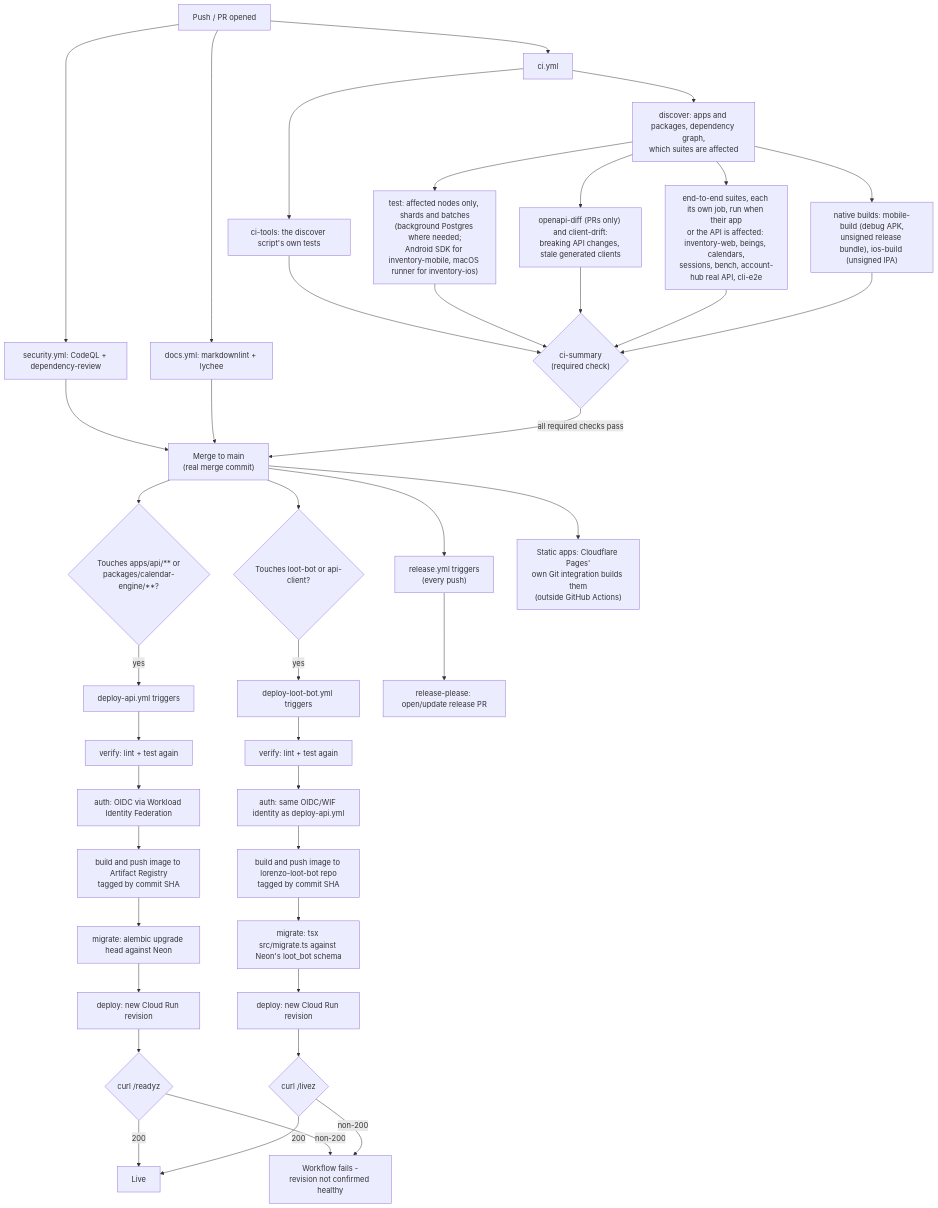
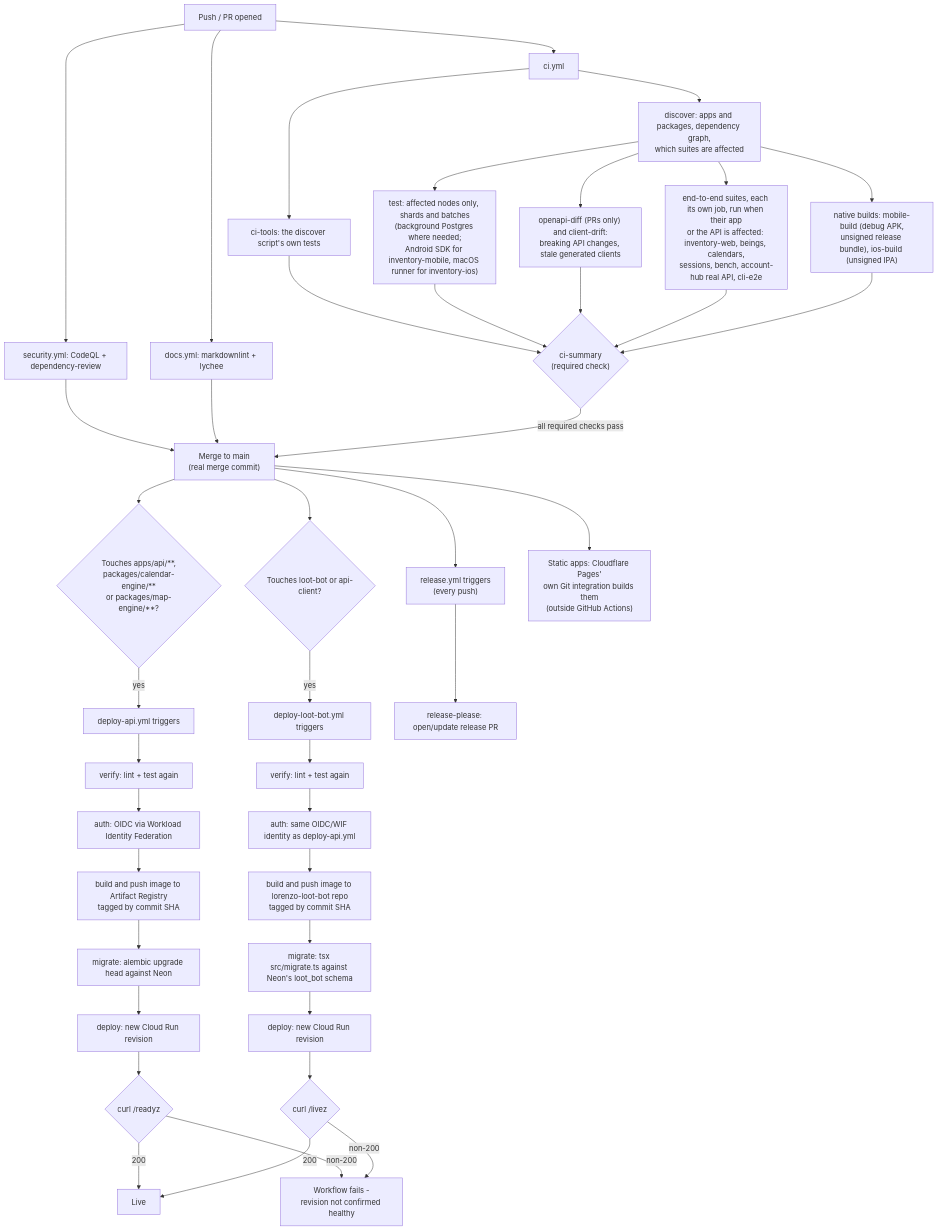
Before and after one commit to ramsesoriginal/lorenzo: the diagram in docs/architecture/diagrams/ci-cd-pipeline.md, drawn with Mermaid. The commit also changed other lines of this file and 25 other files, not shown here.

````diff
--- a/docs/architecture/diagrams/ci-cd-pipeline.md
+++ b/docs/architecture/diagrams/ci-cd-pipeline.md
@@ -3,48 +3,48 @@
 ```mermaid
 flowchart TD
     A["Push / PR opened"] --> B["ci.yml"]
     B --> B0["ci-tools: the discover script's own tests"]
     B --> B1["discover: apps and packages, dependency graph,<br/>which suites are affected"]
     B1 --> B2["test: affected nodes only, shards and batches<br/>(background Postgres where needed;<br/>Android SDK for inventory-mobile, macOS runner for inventory-ios)"]
     B1 --> B5["openapi-diff (PRs only) and client-drift:<br/>breaking API changes, stale generated clients"]
     B1 --> B6["end-to-end suites, each its own job, run when their app<br/>or the API is affected: inventory-web, beings, calendars,<br/>sessions, bench, account-hub real API, cli-e2e"]
     B1 --> B7["native builds: mobile-build (debug APK,<br/>unsigned release bundle), ios-build (unsigned IPA)"]
     A --> B3["security.yml: CodeQL + dependency-review"]
     A --> B4["docs.yml: markdownlint + lychee"]
     B0 --> C
     B2 --> C{"ci-summary<br/>(required check)"}
     B5 --> C
     B6 --> C
     B7 --> C
     B3 --> D
     B4 --> D
 
     C -->|all required checks pass| D["Merge to main<br/>(real merge commit)"]
 
-    D --> E{"Touches apps/api/** or<br/>packages/calendar-engine/**?"}
+    D --> E{"Touches apps/api/**,<br/>packages/calendar-engine/**<br/>or packages/map-engine/**?"}
     E -->|yes| F["deploy-api.yml triggers"]
     D --> EL{"Touches loot-bot or api-client?"}
     EL -->|yes| FL["deploy-loot-bot.yml triggers"]
     D --> G["release.yml triggers<br/>(every push)"]
     D --> CF["Static apps: Cloudflare Pages'<br/>own Git integration builds them<br/>(outside GitHub Actions)"]
 
     G --> G1["release-please: open/update release PR"]
 
     F --> F1["verify: lint + test again"]
     F1 --> F2["auth: OIDC via Workload Identity Federation"]
     F2 --> F3["build and push image to Artifact Registry<br/>tagged by commit SHA"]
     F3 --> F4["migrate: alembic upgrade head against Neon"]
     F4 --> F5["deploy: new Cloud Run revision"]
     F5 --> F6{"curl /readyz"}
     F6 -->|200| H["Live"]
     F6 -->|non-200| I["Workflow fails -<br/>revision not confirmed healthy"]
 
     FL --> FL1["verify: lint + test again"]
     FL1 --> FL2["auth: same OIDC/WIF identity as deploy-api.yml"]
     FL2 --> FL3["build and push image to lorenzo-loot-bot repo<br/>tagged by commit SHA"]
     FL3 --> FL4["migrate: tsx src/migrate.ts against Neon's loot_bot schema"]
     FL4 --> FL5["deploy: new Cloud Run revision"]
     FL5 --> FL6{"curl /livez"}
     FL6 -->|200| H
     FL6 -->|non-200| I
 ```
````
